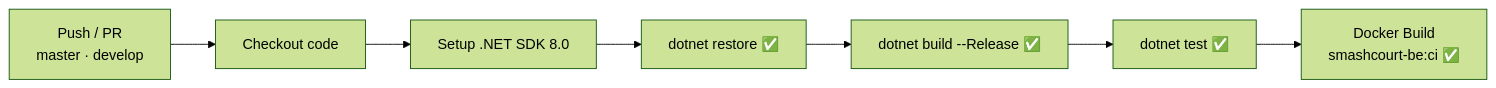
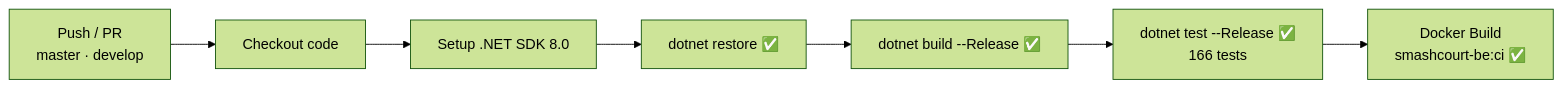
One commit to NguyenThanhTrung-N2T/SmashCourt-BE changed the fourth of 4 diagrams in README.md. Above: the diagram before and after it, drawn with Mermaid (forest theme). The commit also changed other lines of this file, not shown here.

First line of the commit message:
docs: add Test Suite & QA section to README

````diff
--- a/README.md
+++ b/README.md
@@ -323,9 +571,9 @@
 ```mermaid
 flowchart LR
     Push["Push / PR\nmaster · develop"] --> Checkout[Checkout code]
     Checkout --> Setup["Setup .NET SDK 8.0"]
     Setup --> Restore["dotnet restore ✅"]
     Restore --> Build["dotnet build --Release ✅"]
-    Build --> Test["dotnet test ✅"]
+    Build --> Test["dotnet test --Release ✅\n166 tests"]
     Test --> Docker["Docker Build\nsmashcourt-be:ci ✅"]
 ```
````
